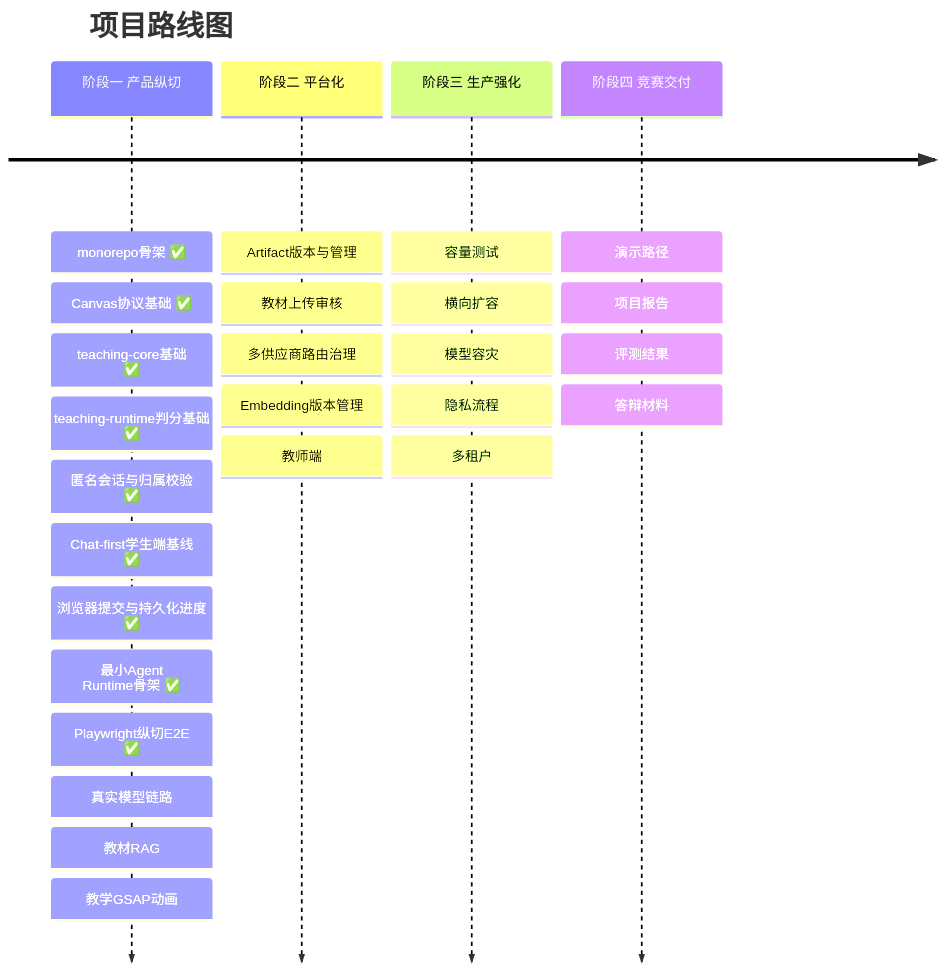
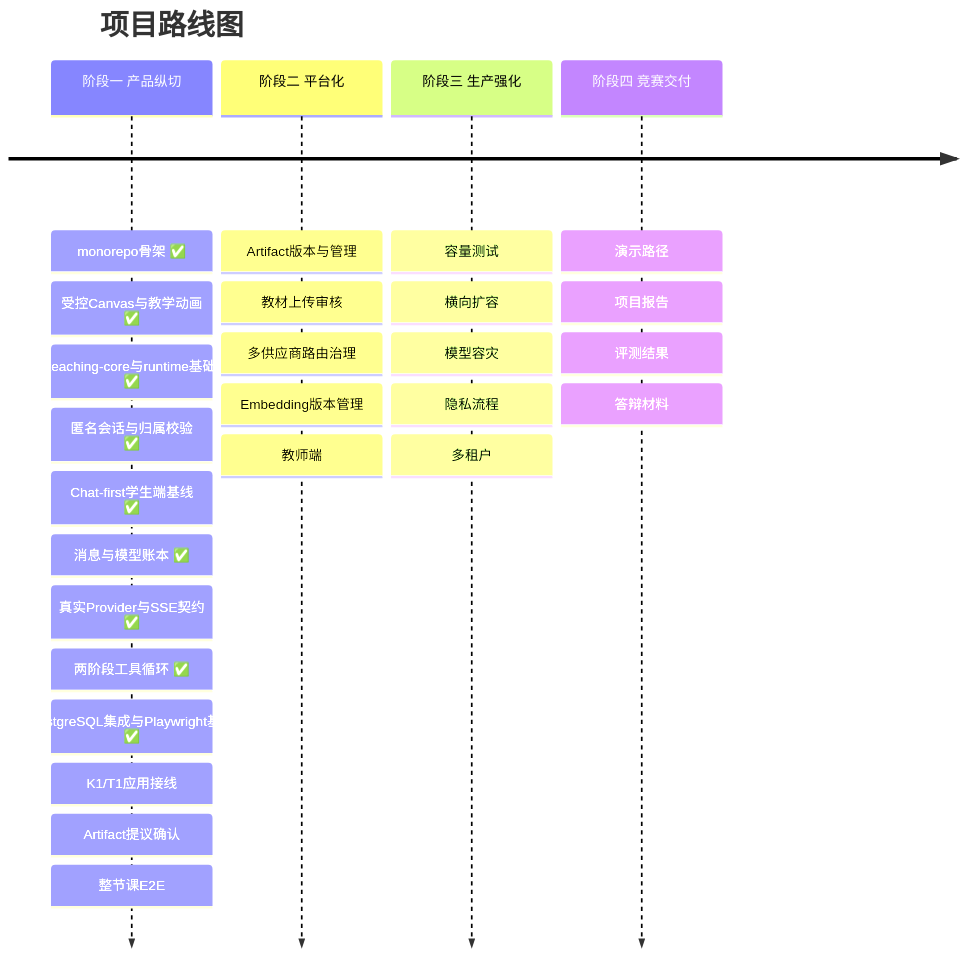
The eighth of 8 diagrams in README.md (Timcai06/EduCanvas), drawn with Mermaid before and after one commit. The commit also changed other lines of this file and 20 other files, not shown here.

````diff
--- a/README.md
+++ b/README.md
@@ -304,8 +318,8 @@
 ```mermaid
 timeline
     title 项目路线图
-    阶段一 产品纵切 : monorepo骨架 ✅ : Canvas协议基础 ✅ : teaching-core基础 ✅ : teaching-runtime判分基础 ✅ : 匿名会话与归属校验 ✅ : Chat-first学生端基线 ✅ : 浏览器提交与持久化进度 ✅ : 最小Agent Runtime骨架 ✅ : Playwright纵切E2E ✅ : 真实模型链路 : 教材RAG : 教学GSAP动画
+    阶段一 产品纵切 : monorepo骨架 ✅ : 受控Canvas与教学动画 ✅ : teaching-core与runtime基础 ✅ : 匿名会话与归属校验 ✅ : Chat-first学生端基线 ✅ : 消息与模型账本 ✅ : 真实Provider与SSE契约 ✅ : 两阶段工具循环 ✅ : PostgreSQL集成与Playwright基线 ✅ : K1/T1应用接线 : Artifact提议确认 : 整节课E2E
     阶段二 平台化 : Artifact版本与管理 : 教材上传审核 : 多供应商路由治理 : Embedding版本管理 : 教师端
     阶段三 生产强化 : 容量测试 : 横向扩容 : 模型容灾 : 隐私流程 : 多租户
     阶段四 竞赛交付 : 演示路径 : 项目报告 : 评测结果 : 答辩材料
 ```
````
